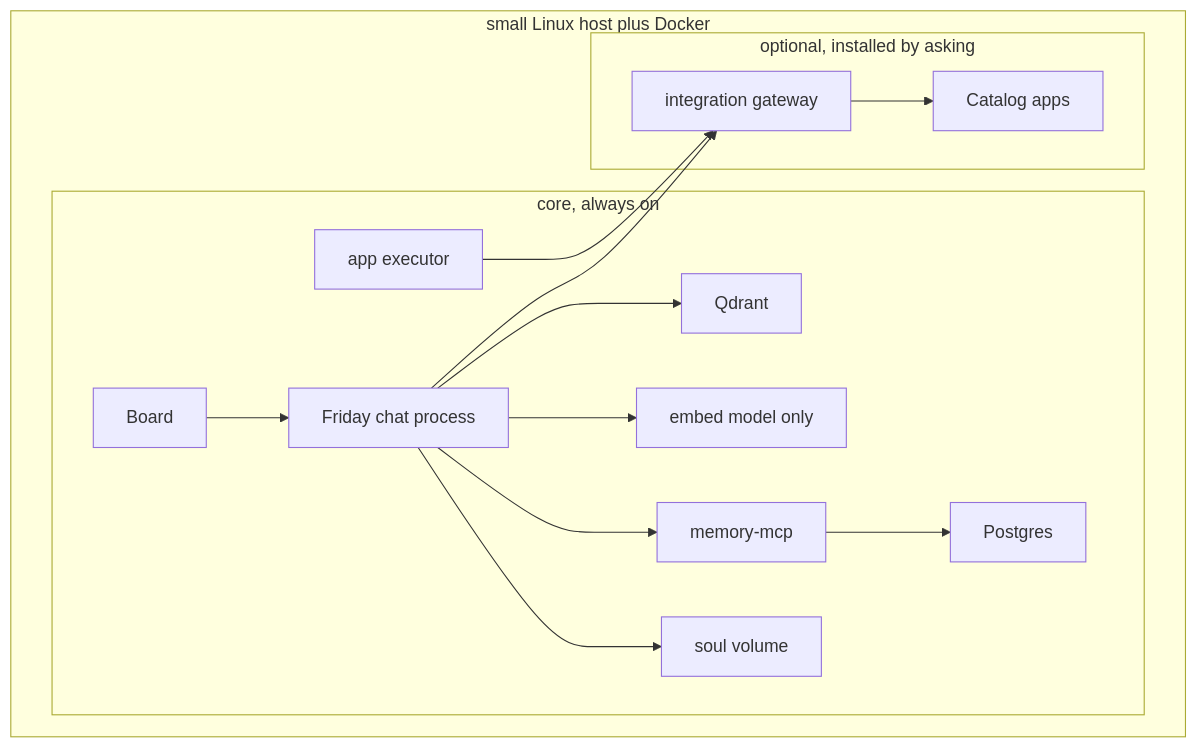
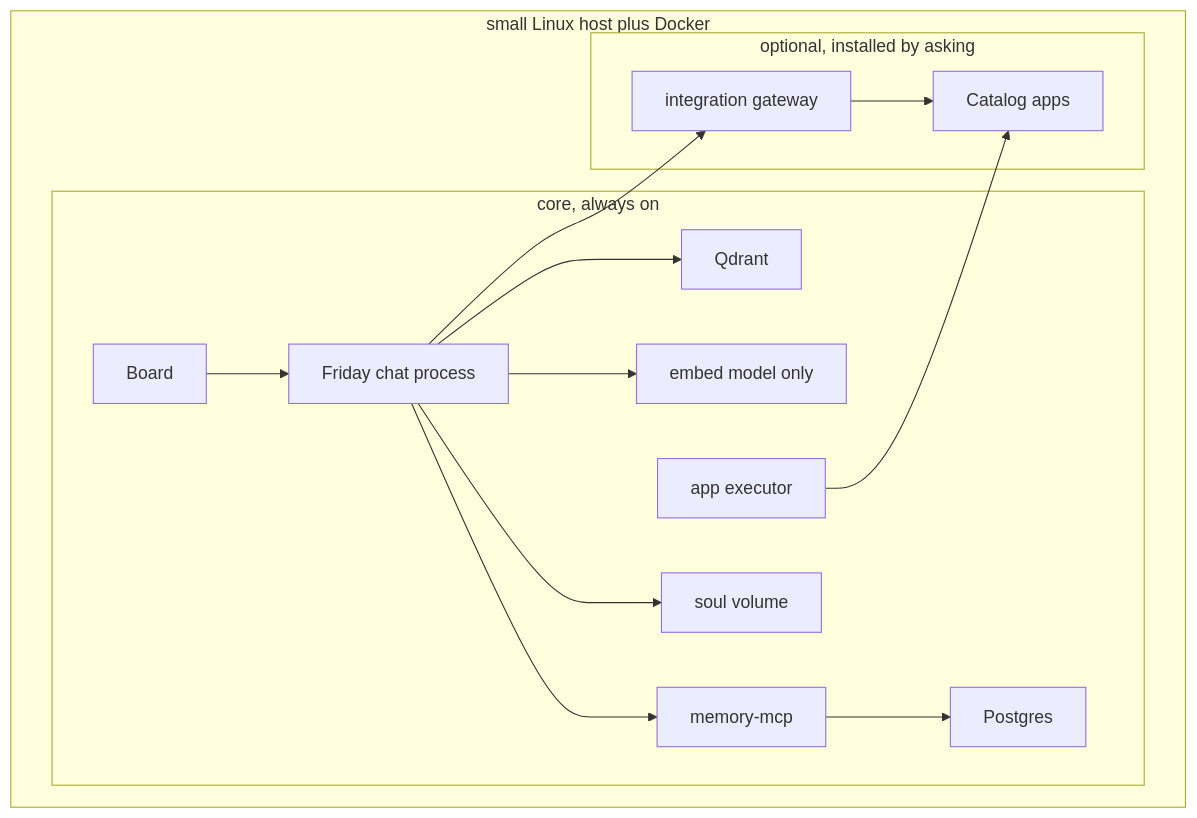
The diagram in docs/architecture.md (asikmydeen/friday-os-stack), drawn with Mermaid before and after one commit. The commit also changed other lines of this file and 15 other files, not shown here.

First line of the commit message:
Make the memory schema and draft wires match the contracts they describe.

````diff
--- a/docs/architecture.md
+++ b/docs/architecture.md
@@ -12,28 +12,28 @@
 ```mermaid
 flowchart TB
   subgraph host [small Linux host plus Docker]
     subgraph core [core, always on]
       Friday[Friday chat process]
       Board[Board]
       Qdrant[Qdrant]
       Embed[embed model only]
       Memory[memory-mcp]
       Pg[Postgres]
       Soul[soul volume]
       Exec[app executor]
     end
     subgraph optional [optional, installed by asking]
       Gateway[integration gateway]
       Apps[Catalog apps]
     end
   end
   Friday --> Qdrant
   Friday --> Embed
   Friday --> Memory
   Memory --> Pg
   Friday --> Soul
   Board --> Friday
-  Exec --> Gateway
   Friday --> Gateway
   Gateway --> Apps
+  Exec --> Apps
 ```
````
